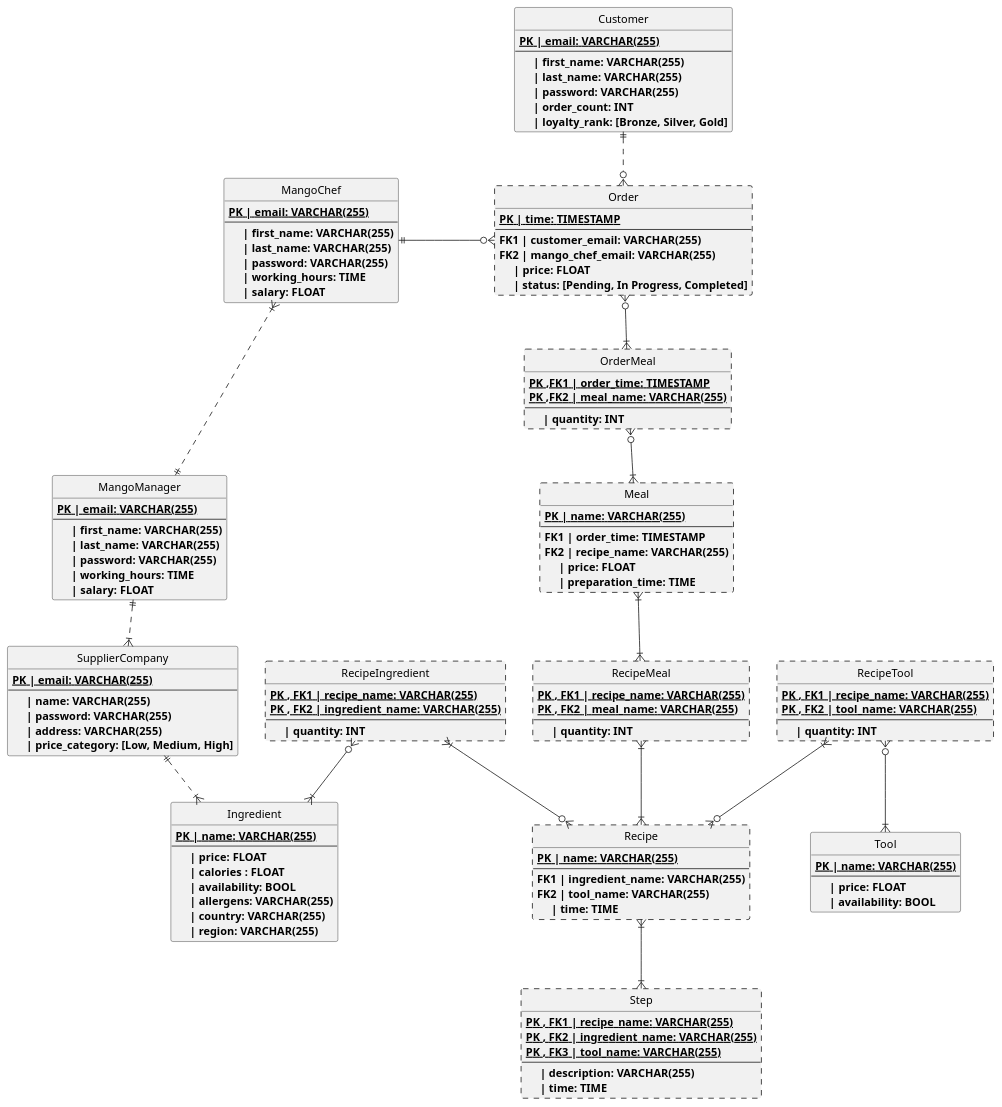
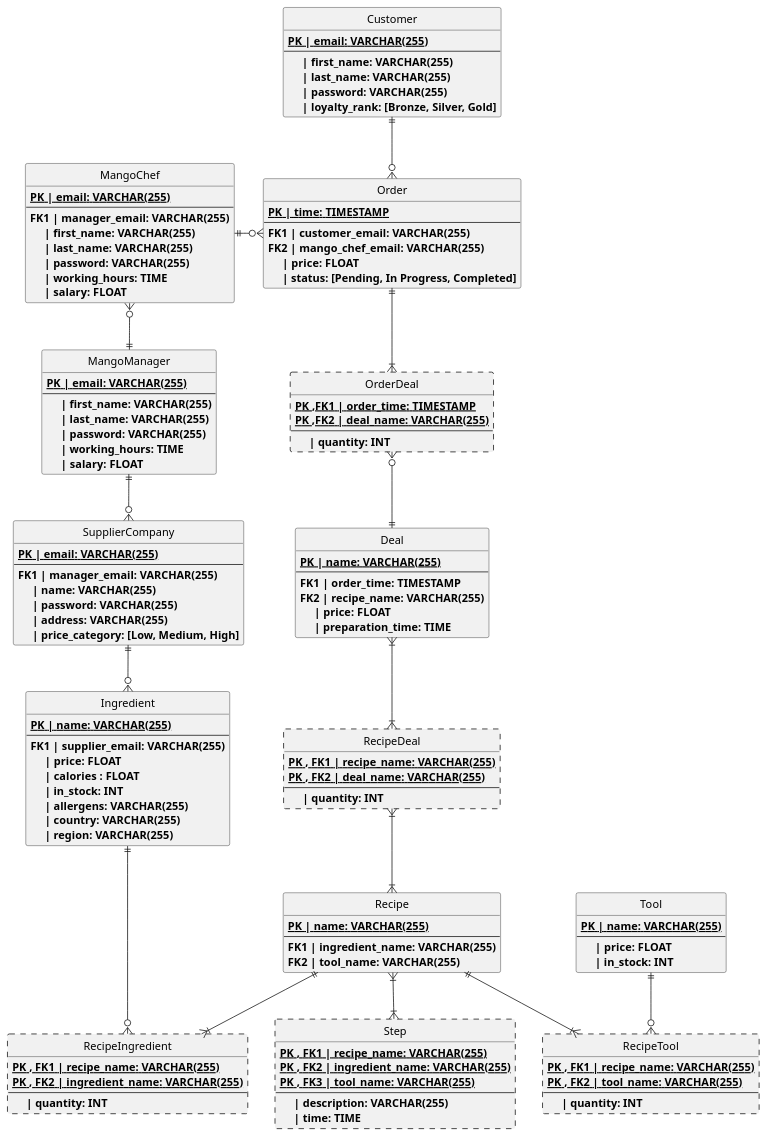
The diagram in Diagrams/src/Table.puml (MorganKryze/MangoDB), drawn with PlantUML before and after one commit. The commit also changed 2 other files, not shown here.

Commit message:
📖 update diagram

```diff
--- a/Diagrams/src/Table.puml
+++ b/Diagrams/src/Table.puml
@@ -1,157 +1,158 @@
 @startuml Diagram of MangoDB
 Hide circle
 
 entity Customer
 {
     {static}<b>PK | email: VARCHAR(255)
     --
     <b>     | first_name: VARCHAR(255)
     <b>     | last_name: VARCHAR(255)
     <b>     | password: VARCHAR(255)
-    <b>     | order_count: INT
     <b>     | loyalty_rank: [Bronze, Silver, Gold]
 }
 
-entity Order ##[dashed]
+entity Order
 {
     {static}<b>PK | time: TIMESTAMP
     --
     <b>FK1 | customer_email: VARCHAR(255)
     <b>FK2 | mango_chef_email: VARCHAR(255)
     <b>     | price: FLOAT
     <b>     | status: [Pending, In Progress, Completed]
 }
 
-entity OrderMeal ##[dashed]
+entity OrderDeal ##[dashed]
 {
     {static}<b>PK ,FK1 | order_time: TIMESTAMP
-    {static}<b>PK ,FK2 | meal_name: VARCHAR(255)
+    {static}<b>PK ,FK2 | deal_name: VARCHAR(255)
     --
     <b>     | quantity: INT
 }
 
-entity Meal ##[dashed]
+entity Deal
 {
     {static}<b>PK | name: VARCHAR(255)
     --
     <b>FK1 | order_time: TIMESTAMP
     <b>FK2 | recipe_name: VARCHAR(255)
     <b>     | price: FLOAT
     <b>     | preparation_time: TIME
 }
 
-entity RecipeMeal ##[dashed]
+entity RecipeDeal ##[dashed]
 {
     {static}<b>PK , FK1 | recipe_name: VARCHAR(255)
-    {static}<b>PK , FK2 | meal_name: VARCHAR(255)
+    {static}<b>PK , FK2 | deal_name: VARCHAR(255)
     --
     <b>     | quantity: INT
 }
 
-entity Recipe ##[dashed]
+entity Recipe
 {
     {static}<b>PK | name: VARCHAR(255)
     --
     <b>FK1 | ingredient_name: VARCHAR(255)
     <b>FK2 | tool_name: VARCHAR(255)
-    <b>     | time: TIME
 }
 
 entity Step ##[dashed]
 {
     {static}<b>PK , FK1 | recipe_name: VARCHAR(255)
     {static}<b>PK , FK2 | ingredient_name: VARCHAR(255)
     {static}<b>PK , FK3 | tool_name: VARCHAR(255)
     --
     <b>     | description: VARCHAR(255)
     <b>     | time: TIME
 }
 
 entity RecipeIngredient ##[dashed]
 {
     {static}<b>PK , FK1 | recipe_name: VARCHAR(255)
     {static}<b>PK , FK2 | ingredient_name: VARCHAR(255)
     --
     <b>     | quantity: INT
 }
 
 entity RecipeTool ##[dashed]
 {
     {static}<b>PK , FK1 | recipe_name: VARCHAR(255)
     {static}<b>PK , FK2 | tool_name: VARCHAR(255)
     --
     <b>     | quantity: INT
 }
 
 entity Ingredient
 {
     {static}<b>PK | name: VARCHAR(255)
     --
+    <b>FK1 | supplier_email: VARCHAR(255) 
     <b>     | price: FLOAT
     <b>     | calories : FLOAT
-    <b>     | availability: BOOL
+    <b>     | in_stock: INT
     <b>     | allergens: VARCHAR(255)
     <b>     | country: VARCHAR(255)
     <b>     | region: VARCHAR(255)
 }
 
 entity Tool
 {
     {static}<b>PK | name: VARCHAR(255)
     --
     <b>     | price: FLOAT
-    <b>     | availability: BOOL
+    <b>     | in_stock: INT
 }
 
 
 entity SupplierCompany
 {   
     {static}<b>PK | email: VARCHAR(255)
     --
+    <b>FK1 | manager_email: VARCHAR(255)
     <b>     | name: VARCHAR(255)
     <b>     | password: VARCHAR(255)
     <b>     | address: VARCHAR(255)
     <b>     | price_category: [Low, Medium, High]
 }
 
 entity MangoChef
 {
     {static}<b>PK | email: VARCHAR(255)
     --
+    <b>FK1 | manager_email: VARCHAR(255)
     <b>     | first_name: VARCHAR(255)
     <b>     | last_name: VARCHAR(255)
     <b>     | password: VARCHAR(255)
     <b>     | working_hours: TIME
     <b>     | salary: FLOAT
 }
 
 entity MangoManager
 {
     {static}<b>PK | email: VARCHAR(255)
     --
     <b>     | first_name: VARCHAR(255)
     <b>     | last_name: VARCHAR(255)
     <b>     | password: VARCHAR(255)
     <b>     | working_hours: TIME
     <b>     | salary: FLOAT
 }
 
-MangoManager ||.down-|{ SupplierCompany
-MangoManager ||.up..|{ MangoChef
+MangoManager ||-down-o{ SupplierCompany
+MangoManager ||-up-o{ MangoChef
 MangoChef ||-right-o{ Order
 
-SupplierCompany ||.down-|{ Ingredient
+SupplierCompany ||-down-o{ Ingredient
 
-Customer ||.down-o{ Order
-Order  }o-down-|{ OrderMeal
-OrderMeal }o-down-|{ Meal
+Customer ||-down-o{ Order
+Order  ||-down-|{ OrderDeal
+OrderDeal }o-down-|| Deal
 
-Recipe }o-left-|{ RecipeIngredient
-RecipeIngredient }o-down-|{ Ingredient
-Recipe }o-up-|{ RecipeTool
-RecipeTool }o-down-|{ Tool
+Recipe ||-down-|{ RecipeIngredient
+RecipeIngredient }o-up-|| Ingredient
+Recipe ||-down-|{ RecipeTool
+RecipeTool }o-up-|| Tool
 
 Recipe }|-down-|{ Step
-Meal }|-down-|{ RecipeMeal
-Recipe }|-up-|{ RecipeMeal
+Deal }|-down-|{ RecipeDeal
+Recipe }|-up-|{ RecipeDeal
 @enduml
```
